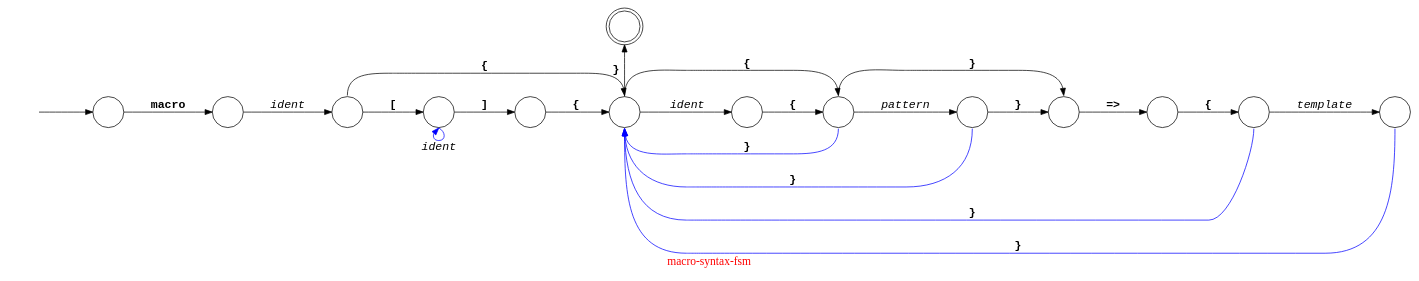
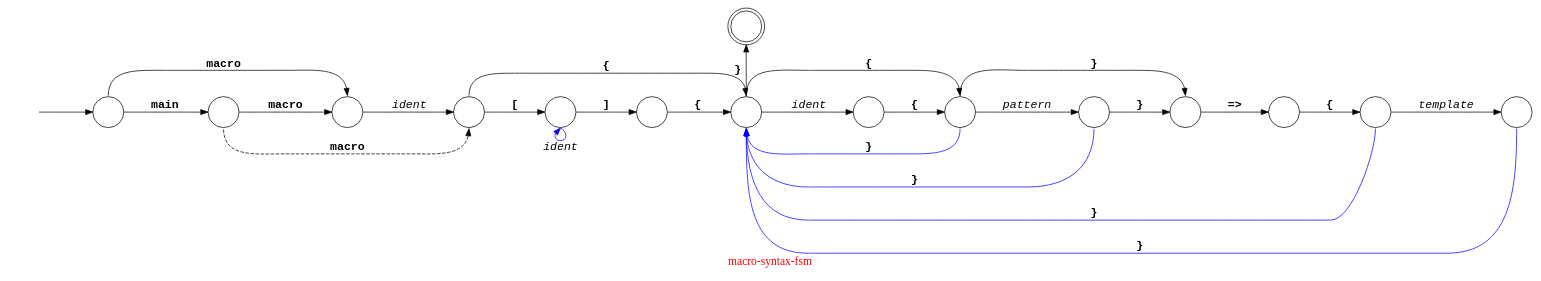
Before and after one commit to Ayyzee/dakota: the diagram in src/macro-system-parser/macro-syntax-fsm.dot, drawn with Graphviz.

Commit message:
Added 'main' keyword to macro syntax fsm.

```diff
--- a/src/macro-system-parser/macro-syntax-fsm.dot
+++ b/src/macro-system-parser/macro-syntax-fsm.dot
@@ -1,59 +1,62 @@
 // Copyright (C) 2007 - 2015 Robert Nielsen <robert@dakota.org>
 //
 // Licensed under the Apache License, Version 2.0 (the "License");
 // you may not use this file except in compliance with the License.
 // You may obtain a copy of the License at
 //
 //      http://www.apache.org/licenses/LICENSE-2.0
 //
 // Unless required by applicable law or agreed to in writing, software
 // distributed under the License is distributed on an "AS IS" BASIS,
 // WITHOUT WARRANTIES OR CONDITIONS OF ANY KIND, either express or implied.
 // See the License for the specific language governing permissions and
 // limitations under the License.
 
 digraph "macro-syntax-fsm"
 {
   graph [ label = "\G", fontcolor = red, fontsize = 16 ];
   graph [ rankdir = "LR",
           center = true,
           //size = "7.5,10",
           //page = "8.5,11",
           ];
 
   node [ shape = circle, width = 0.6, fontsize = 16 ];
   node [ label = "" ]; // comment out this line if you want the node names displayed
 
   edge [ fontname = "Courier-Bold", minlen = 2.0, fontsize = 16 ];
 
-  00 [ style = invis ];
+  st [ style = invis ];
   14 [ shape = doublecircle ];
 
-  00 -> 01;
-  01 -> 02 [ label = "macro" ];
-  02 -> 03 [ label = "ident", fontname = "Courier-Oblique" ];
+  st -> 00;
+  00 -> 01 [ label = "main", weight = 5.0 ];
+  00 -> 02 [ label = "macro", tailport = n, headport = n ];
+  01 -> 02 [ label = "macro", weight = 5.0 ];
+  03 -> 01 [ label = "macro", tailport = s, headport = s, style = dashed, dir = back ];
+  02 -> 03 [ label = "ident", weight = 5.0, fontname = "Courier-Oblique" ];
   03 -> 04 [ label = "[", weight = 5.0 ];
   03 -> 06 [ label = "{", tailport = n, headport = n ];
   04 -> 04 [ label = "ident", fontname = "Courier-Oblique" tailport = s, headport = s, dir = back, color = blue ];
   04 -> 05 [ label = "]", weight = 5.0 ];
   05 -> 06 [ label = "{", weight = 5.0 ];
 
   06 -> 07 [ label = "ident", weight = 5.0, fontname = "Courier-Oblique" ];
   06 -> 08 [ label = "{", tailport = n, headport = n ];
   07 -> 08 [ label = "{", weight = 5.0 ];
   08 -> 06 [ label = "}", headport = s, tailport = s, color = blue ]; // back
   
   08 -> 09 [ label = "pattern", weight = 5.0, fontname = "Courier-Oblique" ];
   08 -> 10 [ label = "}", tailport = n, headport = n ];
   09 -> 06 [ label = "}", headport = s, tailport = s, color = blue ]; // back
 
   09 -> 10 [ label = "}", weight = 5.0 ];
   10 -> 11 [ label = "=>", weight = 5.0 ];
   11 -> 12 [ label = "{", weight = 5.0 ];
   12 -> 13 [ label = "template", weight = 5.0, fontname = "Courier-Oblique" ];
   12 -> 06 [ label = "}", headport = s, tailport = s, color = blue ]; // back
   13 -> 06 [ label = "}", headport = s, tailport = s, color = blue ]; // back
 
   14 -> 06 [ label = "}", dir = back ]; //tailport = n, headport = s ]; // instead of dir = back
   subgraph { graph [ rank = same ]; 06; 14; }
 }
```
